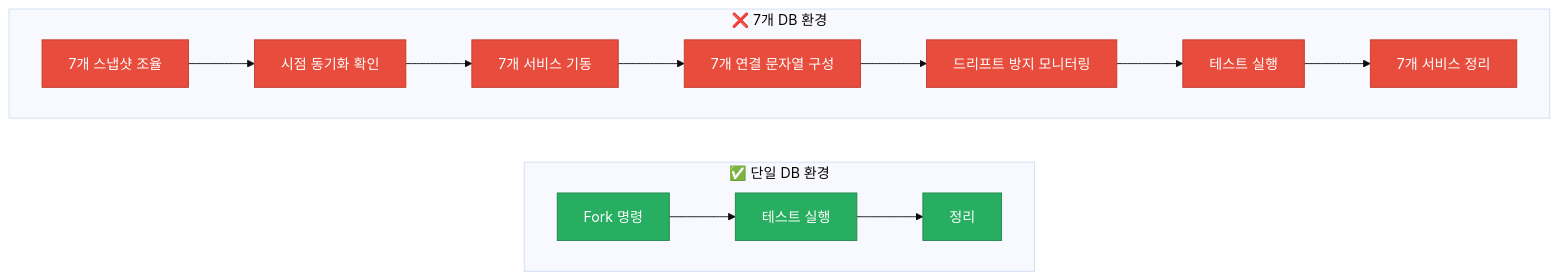
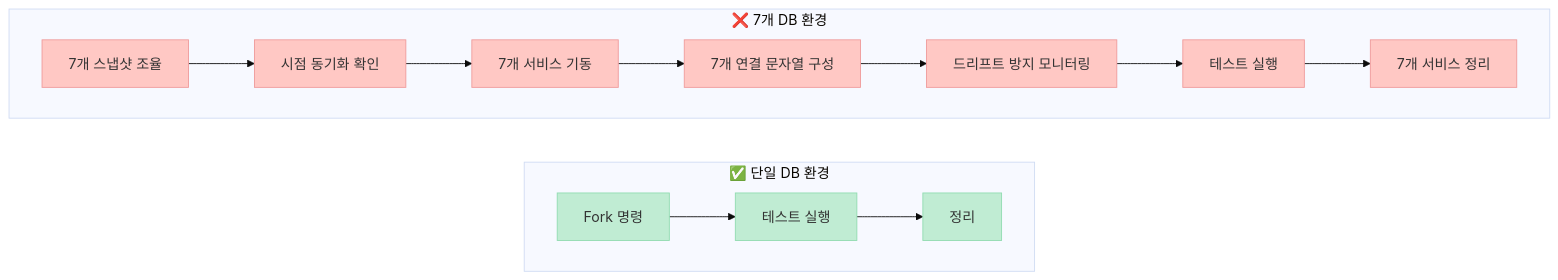
The third of 8 diagrams in content/post/2026/2026-03-08-just-use-postgres-2026.md (gyuha/blog), drawn with Mermaid (base theme) before and after one commit. The commit also changed other lines of this file and 1 other file, not shown here.

````diff
--- a/content/post/2026/2026-03-08-just-use-postgres-2026.md
+++ b/content/post/2026/2026-03-08-just-use-postgres-2026.md
@@ -133,22 +133,22 @@
 ```mermaid
 flowchart LR
     subgraph OneDB["✅ 단일 DB 환경"]
         direction LR
         A1["Fork 명령"] --> A2["테스트 실행"] --> A3["정리"]
     end
 
     subgraph SevenDB["❌ 7개 DB 환경"]
         direction LR
         B1["7개 스냅샷 조율"] --> B2["시점 동기화 확인"]
         B2 --> B3["7개 서비스 기동"]
         B3 --> B4["7개 연결 문자열 구성"]
         B4 --> B5["드리프트 방지 모니터링"]
         B5 --> B6["테스트 실행"]
         B6 --> B7["7개 서비스 정리"]
     end
 
-    classDef good fill:#27ae60,color:#fff,stroke:#1e8449
-    classDef bad fill:#e74c3c,color:#fff,stroke:#c0392b
+    classDef good fill:#c0ecd3,color:#333,stroke:#90dbb0
+    classDef bad fill:#ffc8c4,color:#333,stroke:#ef9a9a
     class A1,A2,A3 good
     class B1,B2,B3,B4,B5,B6,B7 bad
 ```
````
